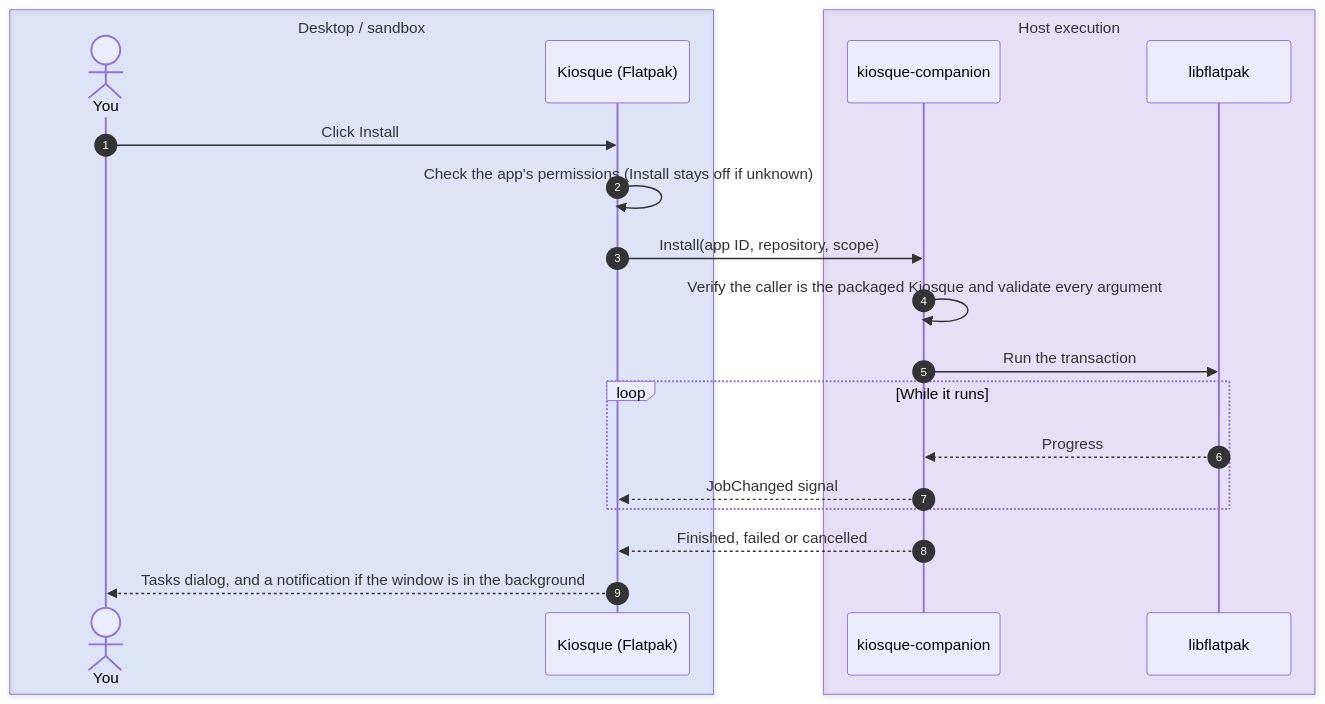
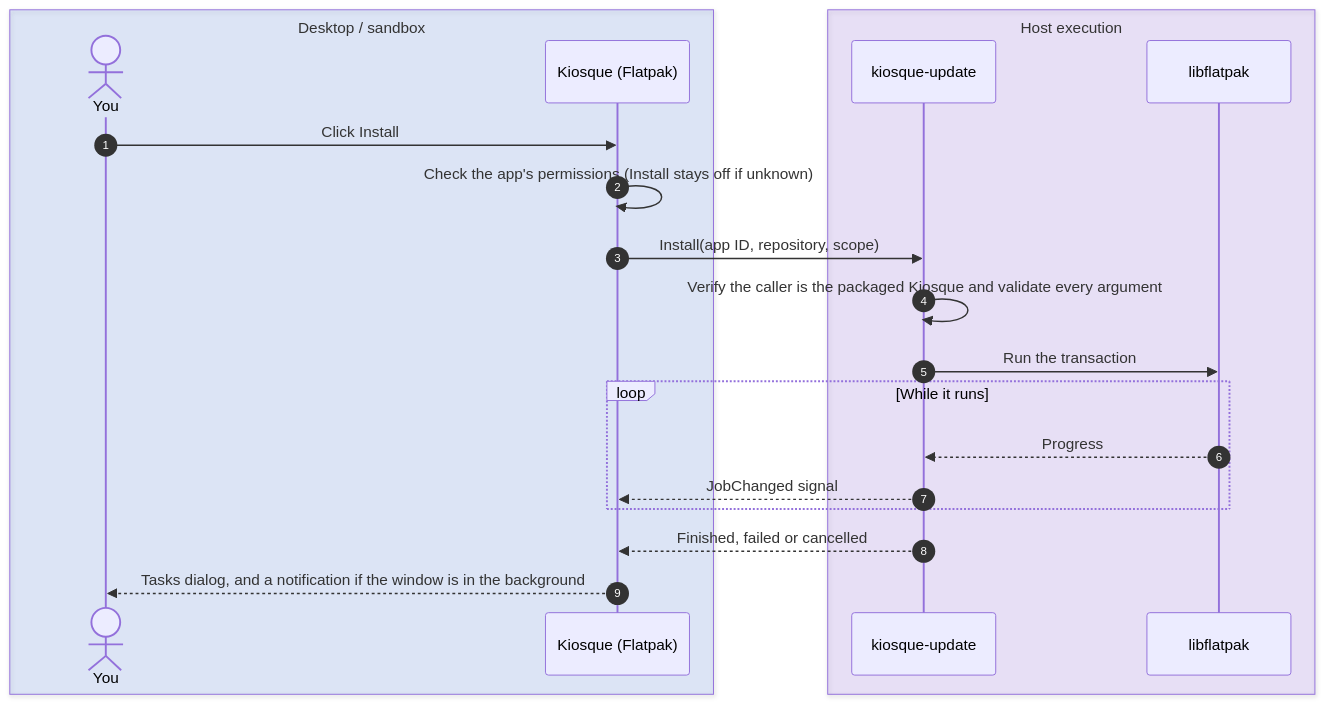
One commit to niltonperimneto/kiosque changed the second of 2 diagrams in README.md. Above: the diagram before and after it, drawn with Mermaid. The commit also changed other lines of this file, not shown here.

````diff
--- a/README.md
+++ b/README.md
@@ -223,23 +220,23 @@
 ```mermaid
 sequenceDiagram
     autonumber
     box rgba(37,99,235,0.12) Desktop / sandbox
         actor You
         participant App as Kiosque (Flatpak)
     end
     box rgba(124,58,237,0.12) Host execution
-        participant Companion as kiosque-companion
+        participant Companion as kiosque-update
         participant Flatpak as libflatpak
     end
     You->>App: Click Install
     App->>App: Check the app's permissions (Install stays off if unknown)
     App->>Companion: Install(app ID, repository, scope)
     Companion->>Companion: Verify the caller is the packaged Kiosque and validate every argument
     Companion->>Flatpak: Run the transaction
     loop While it runs
         Flatpak-->>Companion: Progress
         Companion-->>App: JobChanged signal
     end
     Companion-->>App: Finished, failed or cancelled
     App-->>You: Tasks dialog, and a notification if the window is in the background
 ```
````
